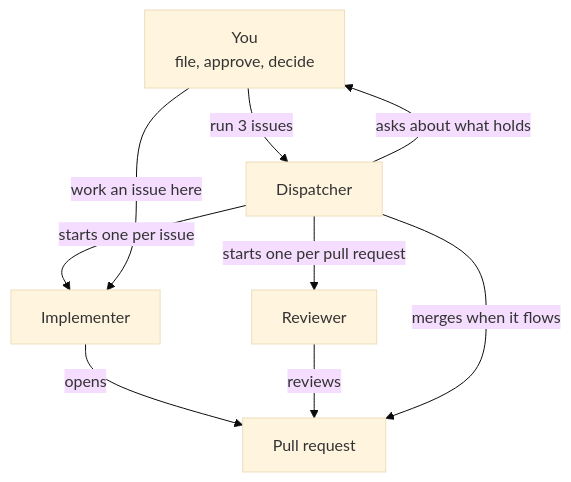
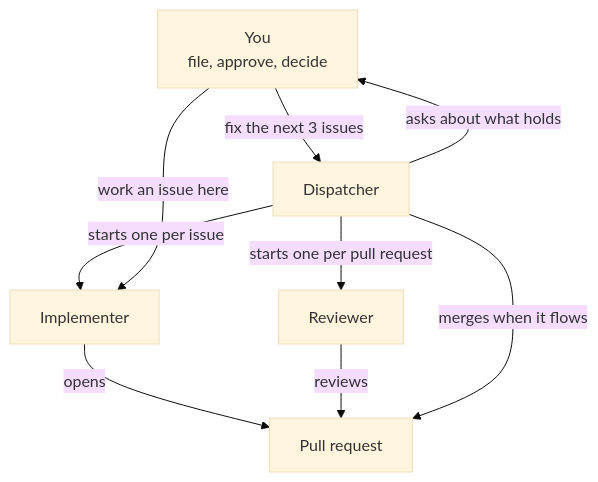
One commit to ScottHysom/claude-plugins changed the first of 3 diagrams in plugins/flywheel/README.md. Above: the diagram before and after it, drawn with Mermaid (base theme). The commit also changed other lines of this file and 3 other files, not shown here.

````diff
--- a/plugins/flywheel/README.md
+++ b/plugins/flywheel/README.md
@@ -22,11 +22,11 @@
 ```mermaid
 flowchart TD
-  O[You<br/>file, approve, decide] -- "run 3 issues" --> D[Dispatcher]
+  O[You<br/>file, approve, decide] -- "fix the next 3 issues" --> D[Dispatcher]
   D -- starts one per issue --> I[Implementer]
   D -- starts one per pull request --> R[Reviewer]
   I -- opens --> P[Pull request]
   R -- reviews --> P
   D -- merges when it flows --> P
   D -- asks about what holds --> O
   O -- "work an issue here" --> I
 ```
````
